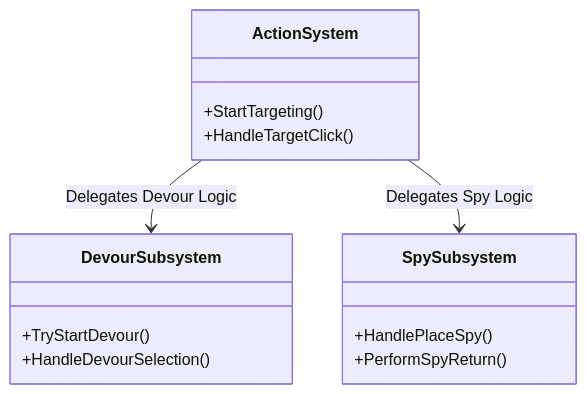
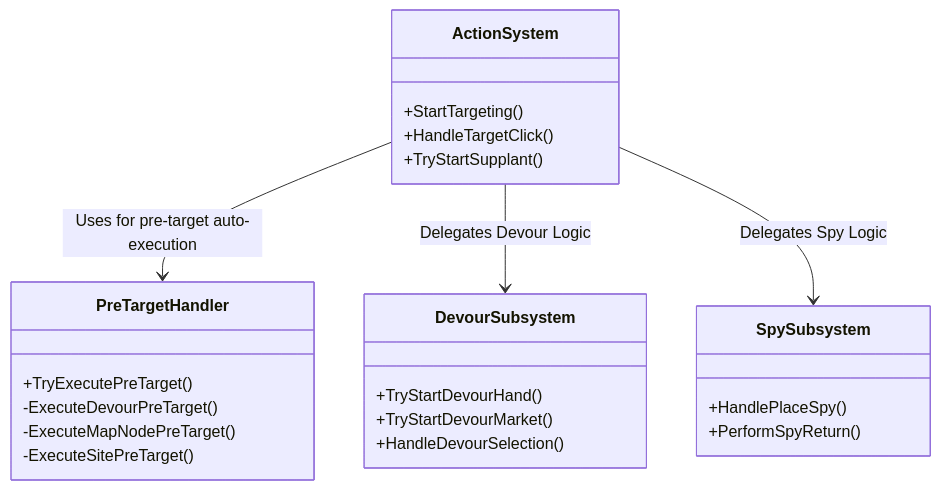
One commit to Itzoqq/ChaosWarlords changed the ninth of 13 diagrams in docs/game-logic-flow.md. Above: the diagram before and after it, drawn with Mermaid. The commit also changed other lines of this file and 7 other files, not shown here.

Commit message:
Decoupled pre target system from ActionSystem

````diff
--- a/docs/game-logic-flow.md
+++ b/docs/game-logic-flow.md
@@ -321,18 +321,27 @@
 ```mermaid
 classDiagram
     class ActionSystem {
         +StartTargeting()
         +HandleTargetClick()
+        +TryStartSupplant()
+    }
+    class PreTargetHandler {
+        +TryExecutePreTarget()
+        -ExecuteDevourPreTarget()
+        -ExecuteMapNodePreTarget()
+        -ExecuteSitePreTarget()
     }
     class DevourSubsystem {
-        +TryStartDevour()
+        +TryStartDevourHand()
+        +TryStartDevourMarket()
         +HandleDevourSelection()
     }
     class SpySubsystem {
         +HandlePlaceSpy()
         +PerformSpyReturn()
     }
 
+    ActionSystem --> PreTargetHandler : Uses for pre-target auto-execution
     ActionSystem --> DevourSubsystem : Delegates Devour Logic
     ActionSystem --> SpySubsystem : Delegates Spy Logic
 ```
````
